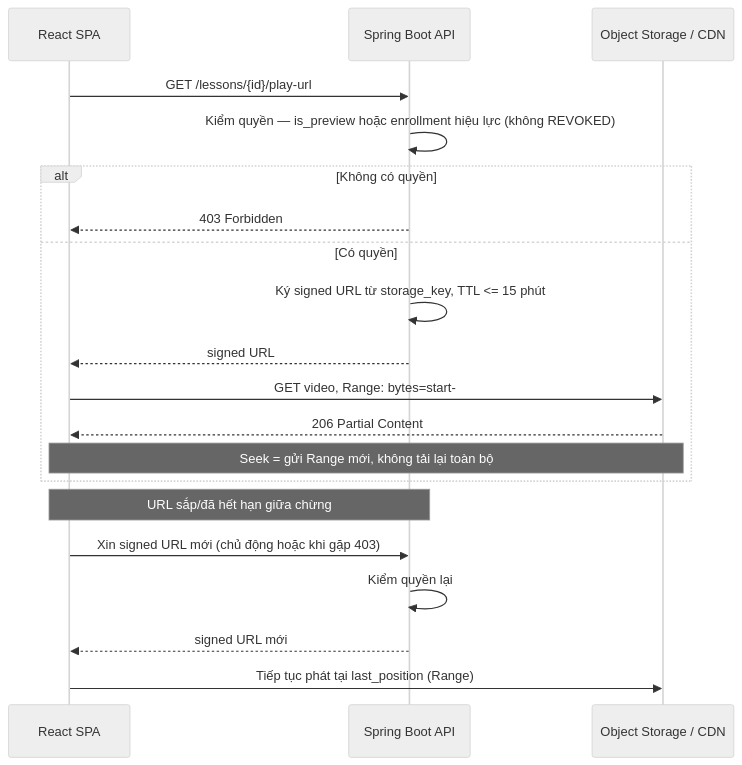
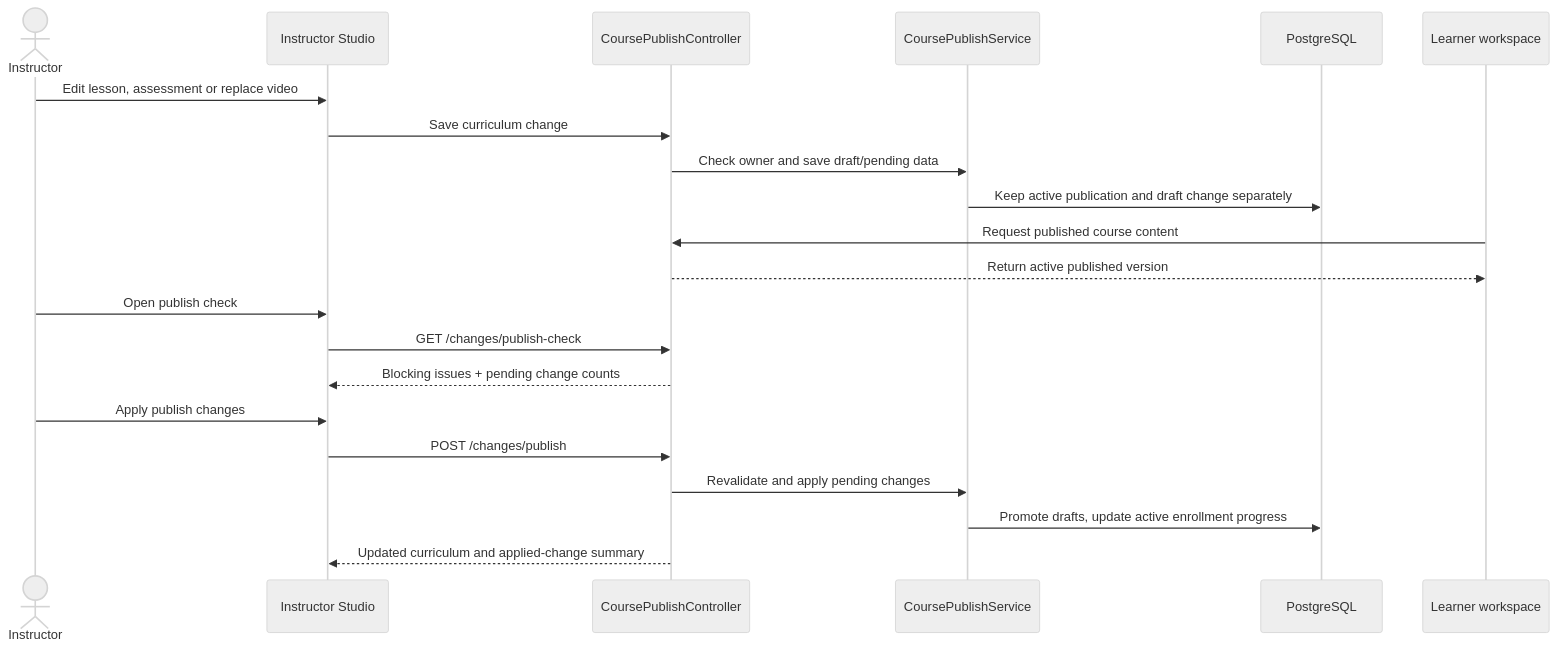
The second of 3 diagrams in docs/lld.md (The3Idiots01/ELearning), drawn with Mermaid (neutral theme) before and after one commit. The commit also changed other lines of this file and 5 other files, not shown here.

````diff
--- a/docs/lld.md
+++ b/docs/lld.md
@@ -78,23 +67,24 @@
 ```mermaid
 sequenceDiagram
-    participant FE as React SPA
-    participant BE as Spring Boot API
-    participant ST as Object Storage / CDN
+    actor I as Instructor
+    participant FE as Instructor Studio
+    participant API as CoursePublishController
+    participant S as CoursePublishService
+    participant DB as PostgreSQL
+    participant L as Learner workspace
 
-    FE->>BE: GET /lessons/{id}/play-url
-    BE->>BE: Kiểm quyền — is_preview hoặc enrollment hiệu lực (không REVOKED)
-    alt Không có quyền
-        BE-->>FE: 403 Forbidden
-    else Có quyền
-        BE->>BE: Ký signed URL từ storage_key, TTL <= 15 phút
-        BE-->>FE: signed URL
-        FE->>ST: GET video, Range: bytes=start-
-        ST-->>FE: 206 Partial Content
-        Note over FE,ST: Seek = gửi Range mới, không tải lại toàn bộ
-    end
-    Note over FE,BE: URL sắp/đã hết hạn giữa chừng
-    FE->>BE: Xin signed URL mới (chủ động hoặc khi gặp 403)
-    BE->>BE: Kiểm quyền lại
-    BE-->>FE: signed URL mới
-    FE->>ST: Tiếp tục phát tại last_position (Range)
+    I->>FE: Edit lesson, assessment or replace video
+    FE->>API: Save curriculum change
+    API->>S: Check owner and save draft/pending data
+    S->>DB: Keep active publication and draft change separately
+    L->>API: Request published course content
+    API-->>L: Return active published version
+    I->>FE: Open publish check
+    FE->>API: GET /changes/publish-check
+    API-->>FE: Blocking issues + pending change counts
+    I->>FE: Apply publish changes
+    FE->>API: POST /changes/publish
+    API->>S: Revalidate and apply pending changes
+    S->>DB: Promote drafts, update active enrollment progress
+    API-->>FE: Updated curriculum and applied-change summary
 ```
````
